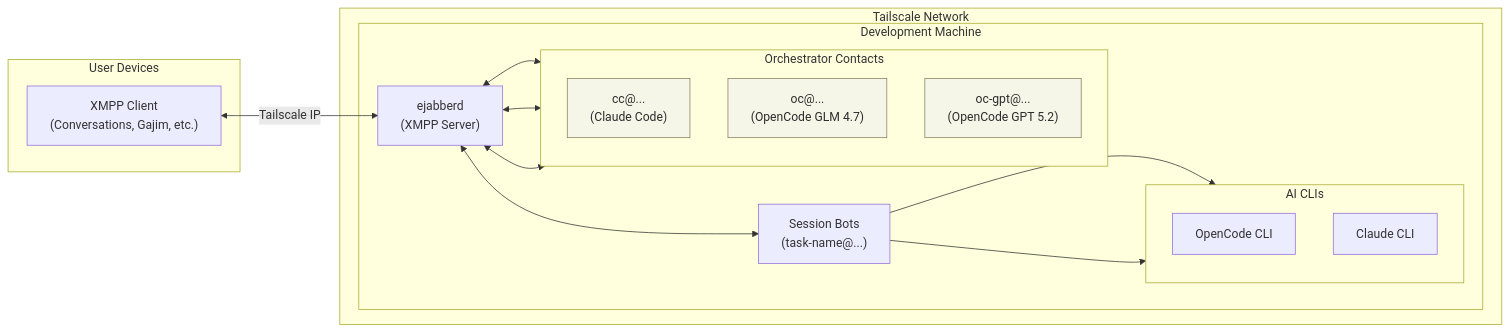
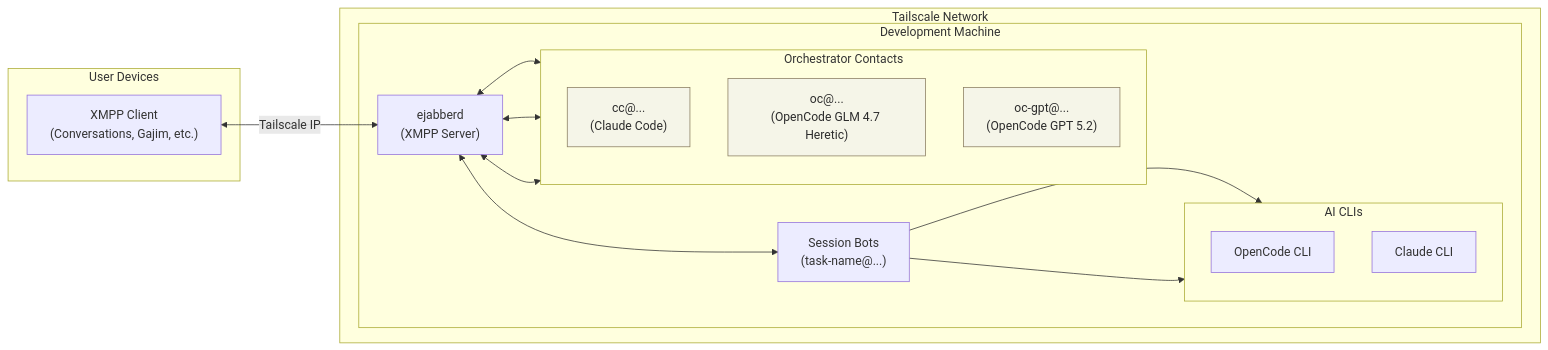
The diagram in docs/diagrams/system.mermaid (0xrin1/switch), drawn with Mermaid before and after one commit. The commit also changed 19 other files, not shown here.

```diff
--- a/docs/diagrams/system.mermaid
+++ b/docs/diagrams/system.mermaid
@@ -1,36 +1,36 @@
 flowchart LR
     subgraph User["User Devices"]
         Client["XMPP Client<br/>(Conversations, Gajim, etc.)"]
     end
 
     subgraph Tailnet["Tailscale Network"]
         subgraph DevBox["Development Machine"]
             XMPP["ejabberd<br/>(XMPP Server)"]
 
             subgraph Orchestrators["Orchestrator Contacts"]
                 direction TB
                 CC["cc@...<br/>(Claude Code)"]
-                OC["oc@...<br/>(OpenCode GLM 4.7)"]
+                OC["oc@...<br/>(OpenCode GLM 4.7 Heretic)"]
                 OCGPT["oc-gpt@...<br/>(OpenCode GPT 5.2)"]
             end
 
             Sessions["Session Bots<br/>(task-name@...)"]
 
             subgraph Engines["AI CLIs"]
                 direction TB
                 OpenCode["OpenCode CLI"]
                 Claude["Claude CLI"]
             end
         end
     end
 
     Client <-->|"Tailscale IP"| XMPP
     XMPP <--> CC
     XMPP <--> OC
     XMPP <--> OCGPT
     XMPP <--> Sessions
     Sessions --> OpenCode
     Sessions --> Claude
 
     classDef orchestrator fill:#f5f5e8,stroke:#8a7d60,color:#2c2c2c;
     class CC,OC,OCGPT orchestrator;
```
